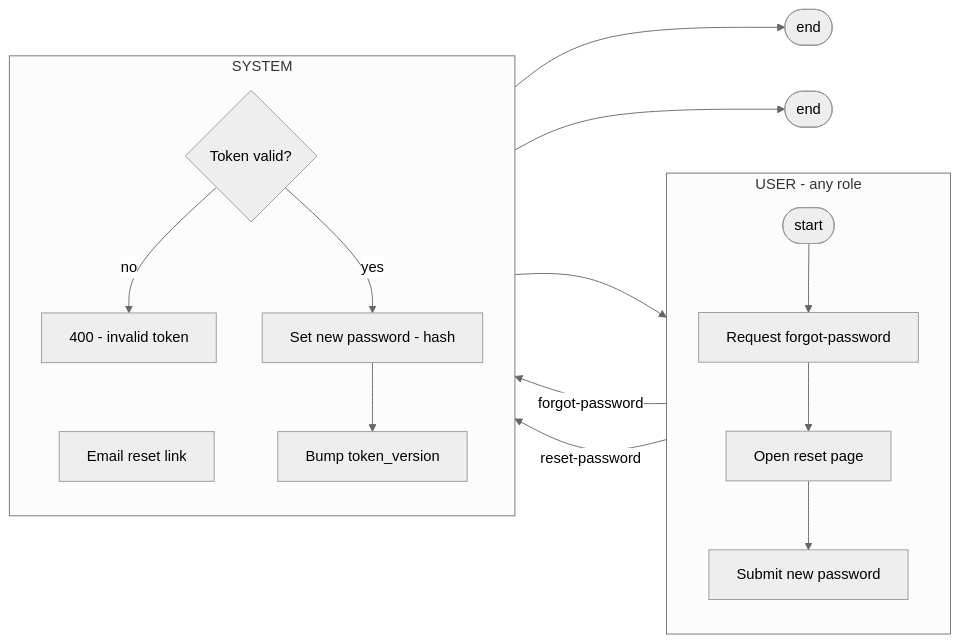
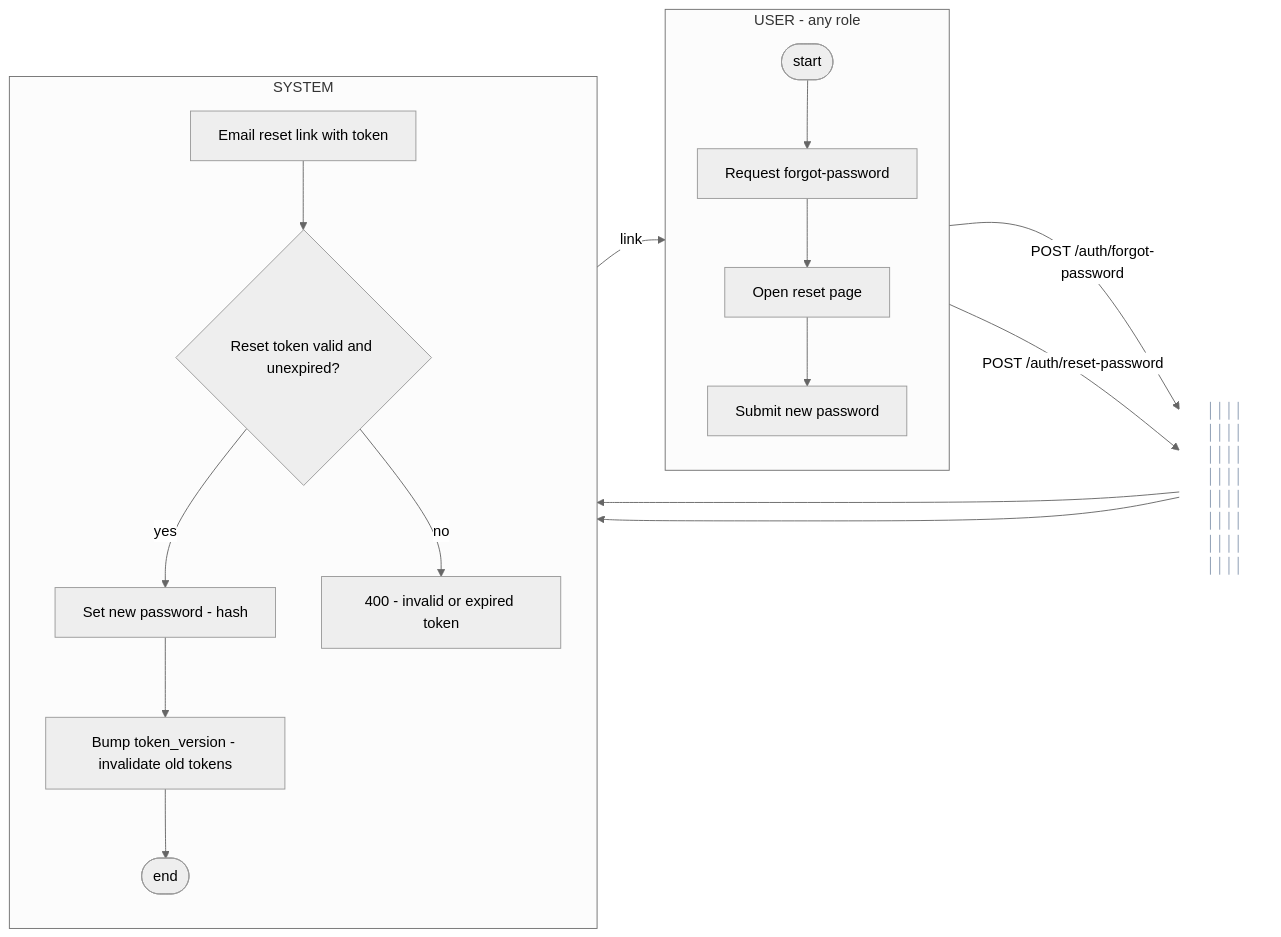
Before and after one commit to urlsalimbot/THESIS1-KAPWA: the seventh of 12 diagrams in docs/diagrams/04-1-activity-diagram.md, drawn with Mermaid (neutral theme). The commit also changed other lines of this file, not shown here.

Commit message:
docs: add vertical divider line between user and system lanes in activity diagrams

````diff
--- a/docs/diagrams/04-1-activity-diagram.md
+++ b/docs/diagrams/04-1-activity-diagram.md
@@ -240,25 +228,23 @@
 ```mermaid
 flowchart LR
     subgraph U["USER - any role"]
         direction TB
         A([start]) --> B[Request forgot-password]
         B --> C[Open reset page]
         C --> D[Submit new password]
     end
     subgraph S["SYSTEM"]
         direction TB
-        E[Email reset link]
-        F{Token valid?}
-        G[Set new password - hash]
-        H[Bump token_version]
-        I[400 - invalid token]
+        E[Email reset link with token]
+        E --> F{Reset token valid and unexpired?}
+        F -- yes --> G[Set new password - hash]
+        G --> H[Bump token_version - invalidate old tokens]
+        H --> K([end])
+        F -- no --> I[400 - invalid or expired token]
     end
-    B -->|"forgot-password"| E
-    E --> C
-    D -->|"reset-password"| F
-    F -- no --> I
-    I --> Z([end])
-    F -- yes --> G
-    G --> H
-    H --> J([end])
+    DIV["││││<br/>││││<br/>││││<br/>││││<br/>││││<br/>││││<br/>││││<br/>││││"]
+    B -->|"POST /auth/forgot-password"| DIV --> E
+    D -->|"POST /auth/reset-password"| DIV --> F
+    E -->|"link"| C
+    style DIV fill:none,stroke:none,color:#94a3b8,font-size:16px,font-weight:bold
 ```
````
